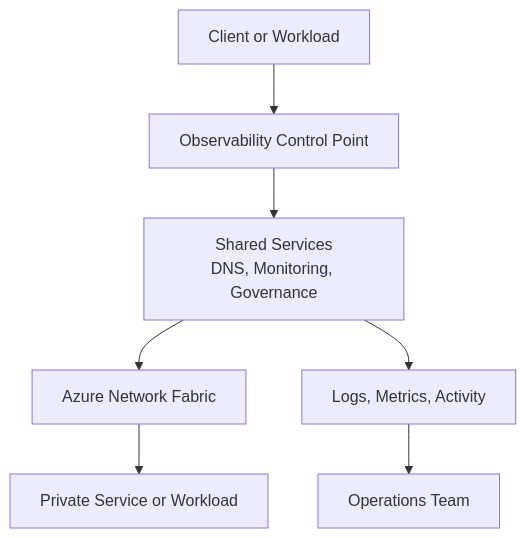
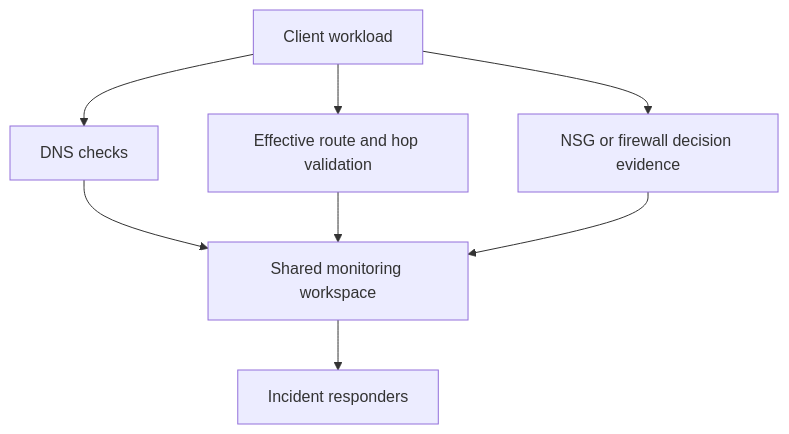
Before and after one commit to yeongseon/azure-networking-practical-guide: the diagram in docs/best-practices/observability-best-practices.md, drawn with Mermaid. The commit also changed other lines of this file and 11 other files, not shown here.

````diff
--- a/docs/best-practices/observability-best-practices.md
+++ b/docs/best-practices/observability-best-practices.md
@@ -38,10 +34,10 @@
 ```mermaid
 flowchart TD
-                Source[Client or Workload] --> Control[Observability Control Point]
-                Control --> Shared[Shared Services
-DNS, Monitoring, Governance]
-                Shared --> Azure[Azure Network Fabric]
-                Azure --> Target[Private Service or Workload]
-                Shared --> Logs[Logs, Metrics, Activity]
-                Logs --> Ops[Operations Team]
+    Workload[Client workload] --> DNS[DNS checks]
+    Workload --> Route[Effective route and hop validation]
+    Workload --> Flow[NSG or firewall decision evidence]
+    DNS --> Workspace[Shared monitoring workspace]
+    Route --> Workspace
+    Flow --> Workspace
+    Workspace --> Operators[Incident responders]
 ```
````
